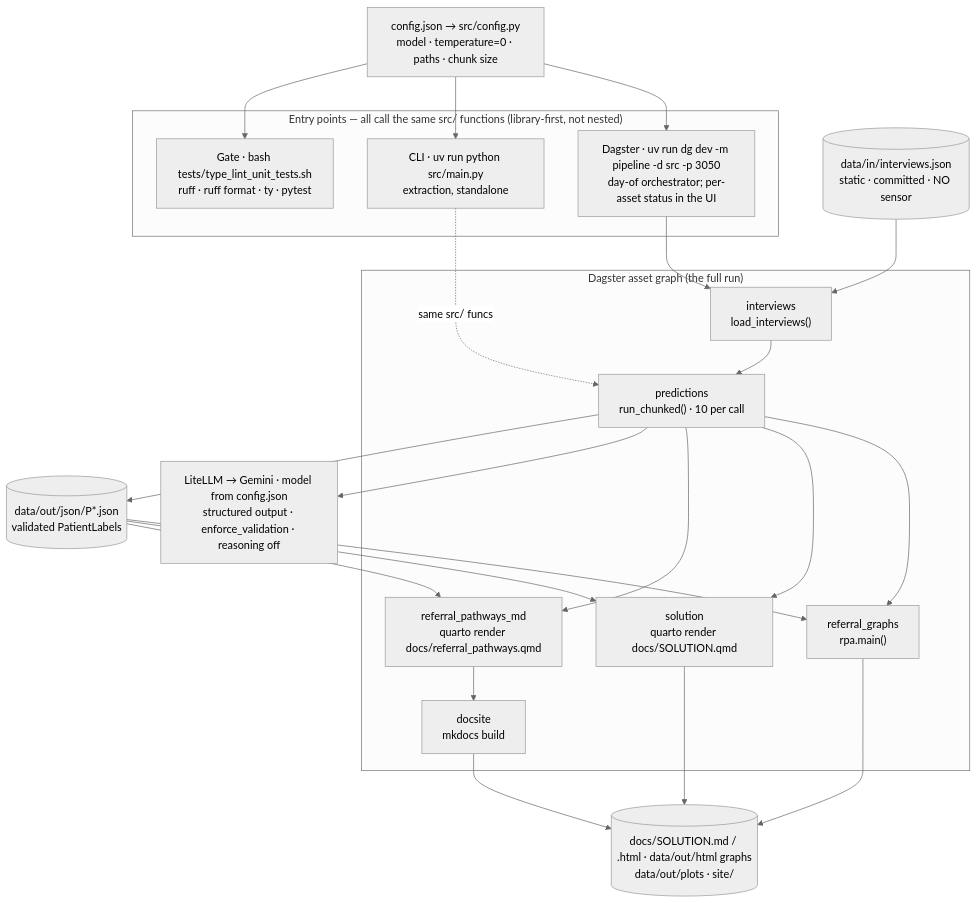
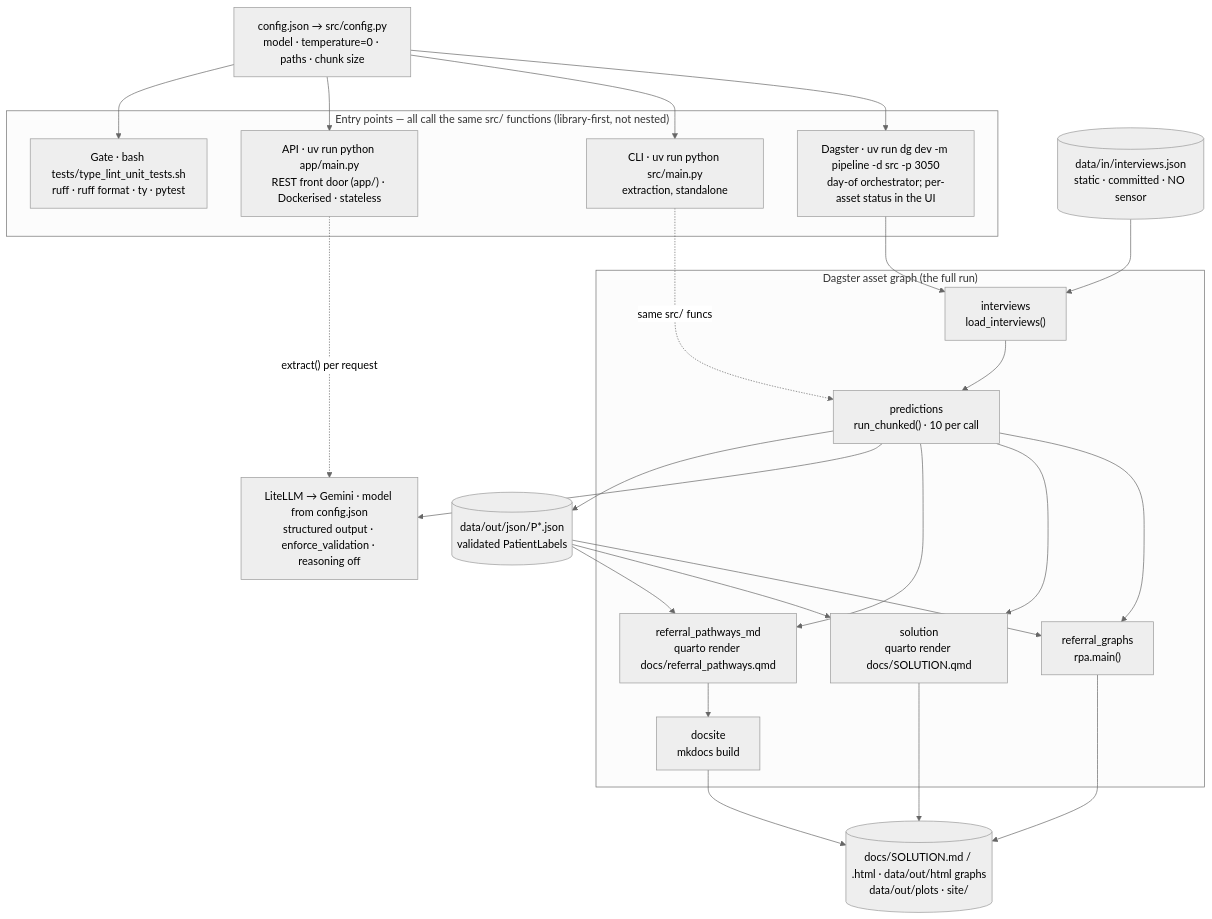
One commit to carecodeconnect/crohnicity changed the diagram in docs/SYSTEM_DESIGN.md. Above: the diagram before and after it, drawn with Mermaid. The commit also changed other lines of this file and 21 other files, not shown here.

Commit message:
productionised app as FastAPI endpoint with Docker container

````diff
--- a/docs/SYSTEM_DESIGN.md
+++ b/docs/SYSTEM_DESIGN.md
@@ -21,43 +21,46 @@
 ``` mermaid
 %%{init: {'theme':'neutral'}}%%
 flowchart TB
     cfg["config.json → src/config.py<br/>model · temperature=0 · paths · chunk size"]
 
     subgraph entry["Entry points — all call the same src/ functions (library-first, not nested)"]
         dgr["Dagster · uv run dg dev -m pipeline -d src -p 3050<br/>day-of orchestrator; per-asset status in the UI"]
         cli["CLI · uv run python src/main.py<br/>extraction, standalone"]
+        api["API · uv run python app/main.py<br/>REST front door (app/) · Dockerised · stateless"]
         gate["Gate · bash tests/type_lint_unit_tests.sh<br/>ruff · ruff format · ty · pytest"]
     end
 
     subgraph dag["Dagster asset graph (the full run)"]
         interviews["interviews<br/>load_interviews()"]
         predictions["predictions<br/>run_chunked() · 10 per call"]
         referral["referral_graphs<br/>rpa.main()"]
         sol["solution<br/>quarto render docs/SOLUTION.qmd"]
         rpmd["referral_pathways_md<br/>quarto render docs/referral_pathways.qmd"]
         docsite["docsite<br/>mkdocs build"]
         interviews --> predictions --> referral
         predictions --> sol
         predictions --> rpmd --> docsite
     end
 
     indata[("data/in/interviews.json<br/>static · committed · NO sensor")]
     gemini["LiteLLM → Gemini · model from config.json<br/>structured output · enforce_validation · reasoning off"]
     outjson[("data/out/json/P*.json<br/>validated PatientLabels")]
     arte[("docs/SOLUTION.md / .html · data/out/html graphs<br/>data/out/plots · site/")]
 
     cfg --> dgr
     cfg --> cli
+    cfg --> api
     cfg --> gate
     dgr --> interviews
     cli -. same src/ funcs .-> predictions
+    api -. extract() per request .-> gemini
     indata --> interviews
     predictions --> gemini
     predictions --> outjson
     outjson --> referral
     outjson --> sol
     outjson --> rpmd
     referral --> arte
     sol --> arte
     docsite --> arte
 ```
````
